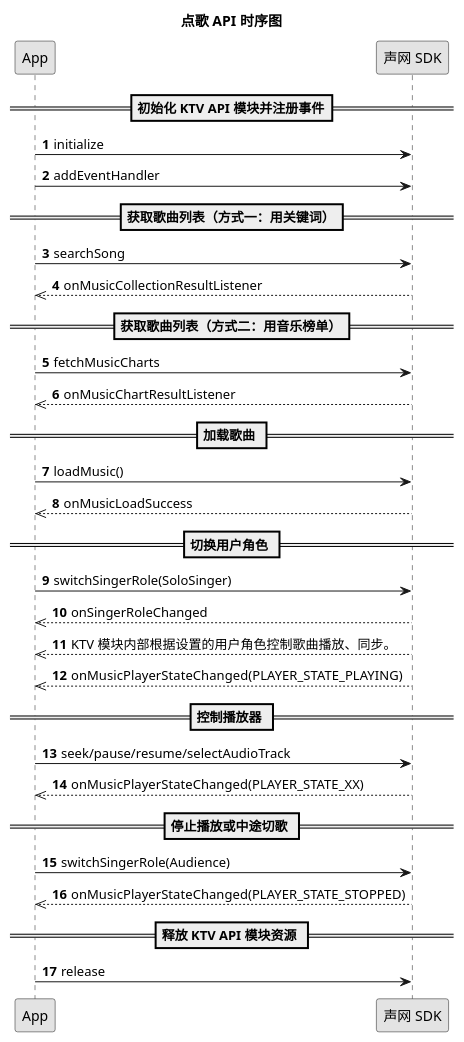
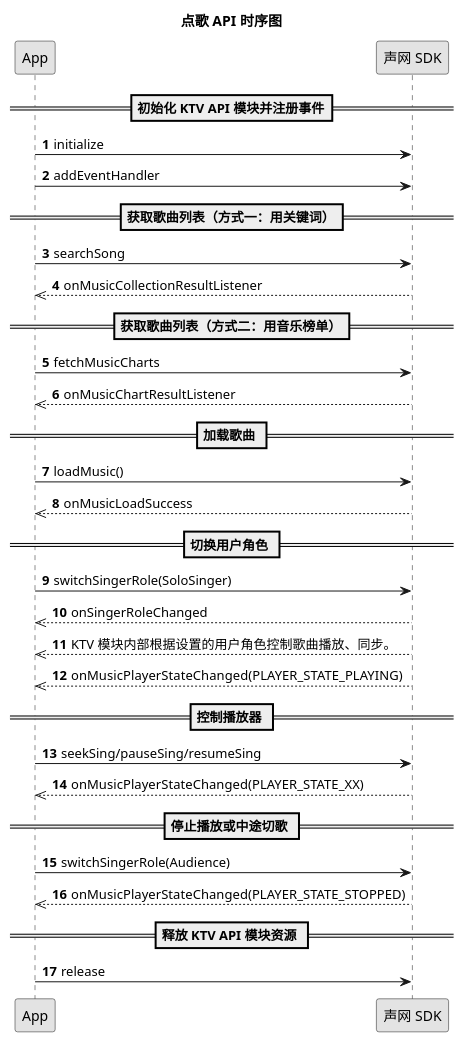
The diagram in markdown/online-ktv/改进/场景化方案/Android/实现文档/点歌.wsd (AgoraIO/agora_doc_source), drawn with PlantUML before and after one commit. The commit also changed 7 other files, not shown here.

```diff
--- a/markdown/online-ktv/改进/场景化方案/Android/实现文档/点歌.wsd
+++ b/markdown/online-ktv/改进/场景化方案/Android/实现文档/点歌.wsd
@@ -1,32 +1,32 @@
 @startuml
 title 点歌 API 时序图
 autonumber
 skinparam monochrome true
 participant "App" as a
 participant "声网 SDK" as b
 == 初始化 KTV API 模块并注册事件==
 a -> b: initialize
 a -> b: addEventHandler
 == 获取歌曲列表（方式一：用关键词）==
 a -> b: searchSong
 b -->> a: onMusicCollectionResultListener
 == 获取歌曲列表（方式二：用音乐榜单）==
 a -> b: fetchMusicCharts
 b -->> a: onMusicChartResultListener
 == 加载歌曲 ==
 a -> b: loadMusic()
 b -->> a: onMusicLoadSuccess
 == 切换用户角色 ==
 a -> b: switchSingerRole(SoloSinger)
 b -->> a:onSingerRoleChanged
 b -->> a: KTV 模块内部根据设置的用户角色控制歌曲播放、同步。
 b -->> a:onMusicPlayerStateChanged(PLAYER_STATE_PLAYING)
 == 控制播放器 ==
-a ->b: seek/pause/resume/selectAudioTrack
+a ->b: seekSing/pauseSing/resumeSing
 b -->> a: onMusicPlayerStateChanged(PLAYER_STATE_XX)
 == 停止播放或中途切歌 ==
 a -> b:switchSingerRole(Audience)
 b -->> a: onMusicPlayerStateChanged(PLAYER_STATE_STOPPED)
 == 释放 KTV API 模块资源 ==
 a ->b: release
 @enduml
```
